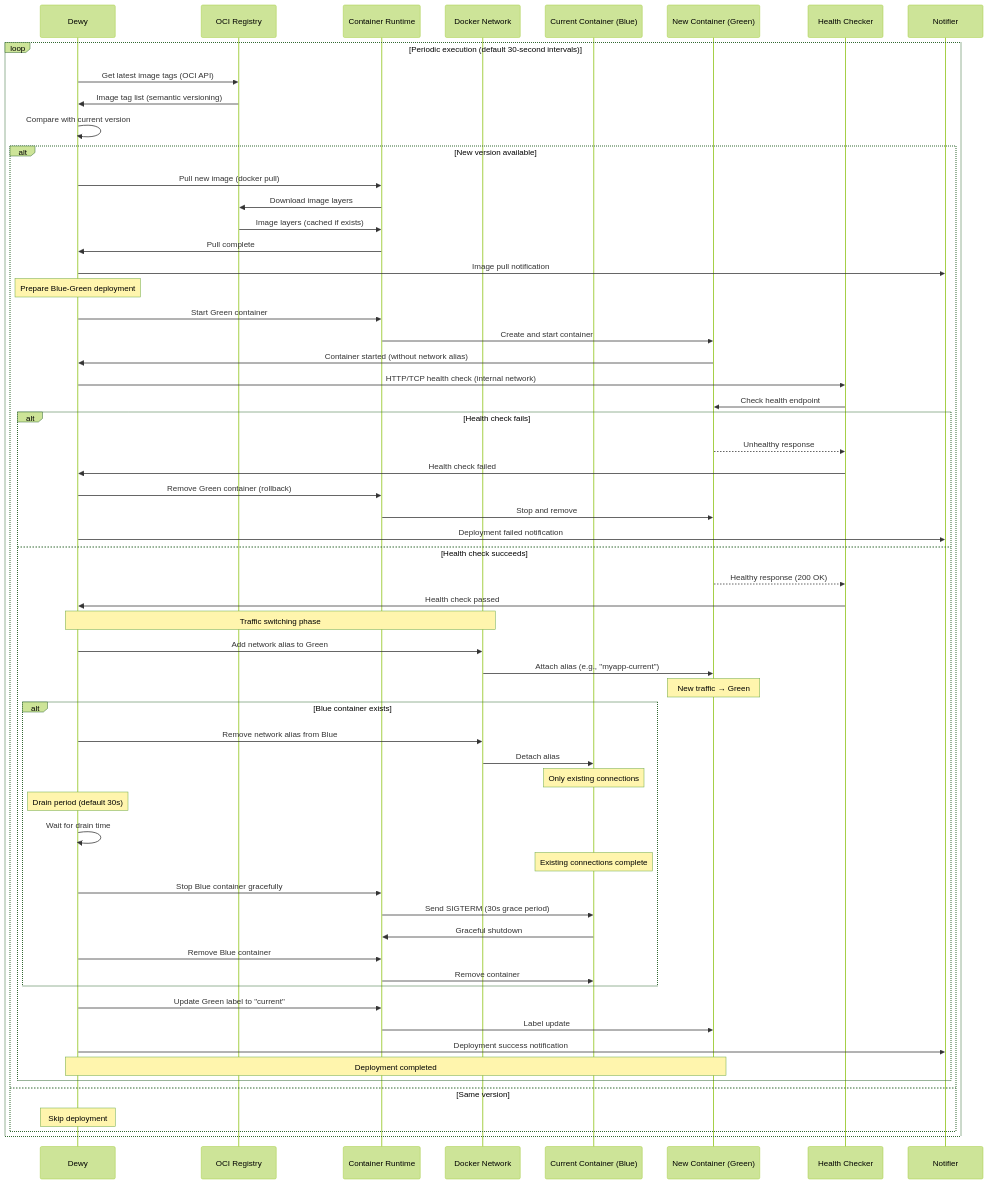
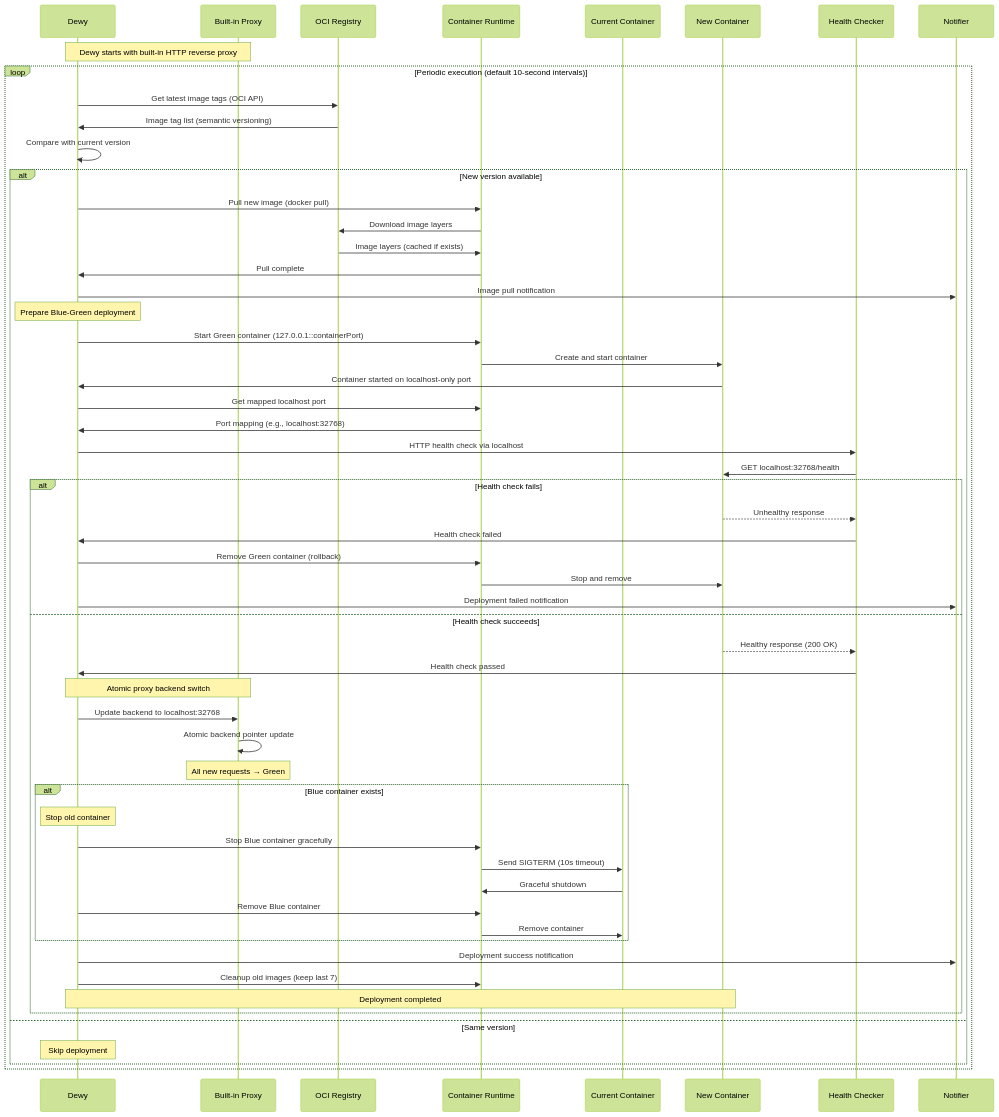
The second of 5 diagrams in docs/pages/deployment-workflow.md (linyows/dewy), drawn with Mermaid (forest theme) before and after one commit. The commit also changed other lines of this file and 1 other file, not shown here.

First line of the commit message:
Update deployment workflow docs to reflect built-in proxy architecture

````diff
--- a/docs/pages/deployment-workflow.md
+++ b/docs/pages/deployment-workflow.md
@@ -267,73 +267,70 @@
 ```mermaid
 sequenceDiagram
     participant D as Dewy
+    participant P as Built-in Proxy
     participant R as OCI Registry
     participant RT as Container Runtime
-    participant N as Docker Network
-    participant C as Current Container (Blue)
-    participant G as New Container (Green)
+    participant C as Current Container
+    participant G as New Container
     participant HC as Health Checker
     participant NO as Notifier
 
-    loop Periodic execution (default 30-second intervals)
+    Note over D,P: Dewy starts with built-in HTTP reverse proxy
+
+    loop Periodic execution (default 10-second intervals)
         D->>R: Get latest image tags (OCI API)
         R->>D: Image tag list (semantic versioning)
         D->>D: Compare with current version
 
         alt New version available
             D->>RT: Pull new image (docker pull)
             RT->>R: Download image layers
             R->>RT: Image layers (cached if exists)
             RT->>D: Pull complete
             D->>NO: Image pull notification
 
             Note over D: Prepare Blue-Green deployment
 
-            D->>RT: Start Green container
+            D->>RT: Start Green container (127.0.0.1::containerPort)
             RT->>G: Create and start container
-            G->>D: Container started (without network alias)
+            G->>D: Container started on localhost-only port
 
-            D->>HC: HTTP/TCP health check (internal network)
-            HC->>G: Check health endpoint
+            D->>RT: Get mapped localhost port
+            RT->>D: Port mapping (e.g., localhost:32768)
+
+            D->>HC: HTTP health check via localhost
+            HC->>G: GET localhost:32768/health
 
             alt Health check fails
                 G-->>HC: Unhealthy response
                 HC->>D: Health check failed
                 D->>RT: Remove Green container (rollback)
                 RT->>G: Stop and remove
                 D->>NO: Deployment failed notification
             else Health check succeeds
                 G-->>HC: Healthy response (200 OK)
                 HC->>D: Health check passed
 
-                Note over D,N: Traffic switching phase
-                D->>N: Add network alias to Green
-                N->>G: Attach alias (e.g., "myapp-current")
-                Note over G: New traffic → Green
+                Note over D,P: Atomic proxy backend switch
+                D->>P: Update backend to localhost:32768
+                P->>P: Atomic backend pointer update
+                Note over P: All new requests → Green
 
                 alt Blue container exists
-                    D->>N: Remove network alias from Blue
-                    N->>C: Detach alias
-                    Note over C: Only existing connections
-
-                    Note over D: Drain period (default 30s)
-                    D->>D: Wait for drain time
-                    Note over C: Existing connections complete
-
+                    Note over D: Stop old container
                     D->>RT: Stop Blue container gracefully
-                    RT->>C: Send SIGTERM (30s grace period)
+                    RT->>C: Send SIGTERM (10s timeout)
                     C->>RT: Graceful shutdown
                     D->>RT: Remove Blue container
                     RT->>C: Remove container
                 end
 
-                D->>RT: Update Green label to "current"
-                RT->>G: Label update
                 D->>NO: Deployment success notification
+                D->>RT: Cleanup old images (keep last 7)
                 Note over D,G: Deployment completed
             end
         else Same version
             note over D: Skip deployment
         end
     end
 ```
````
